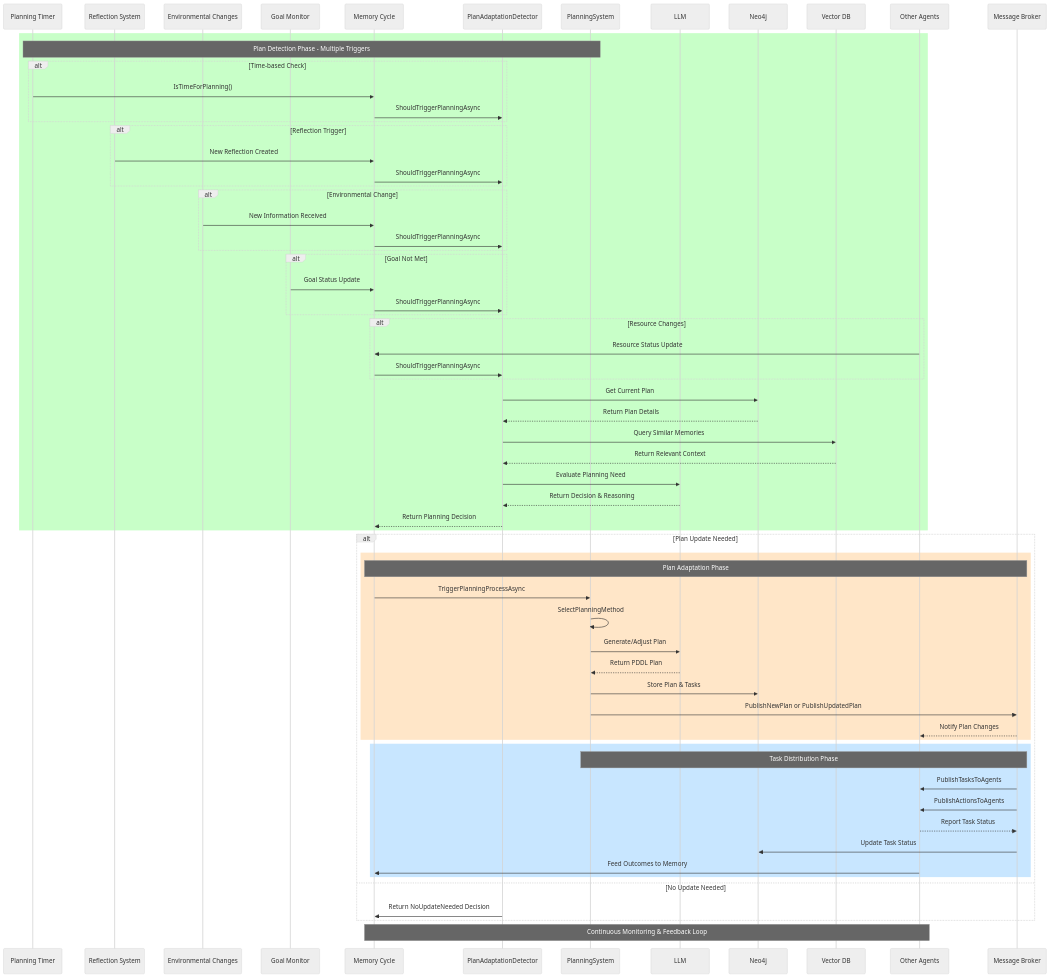
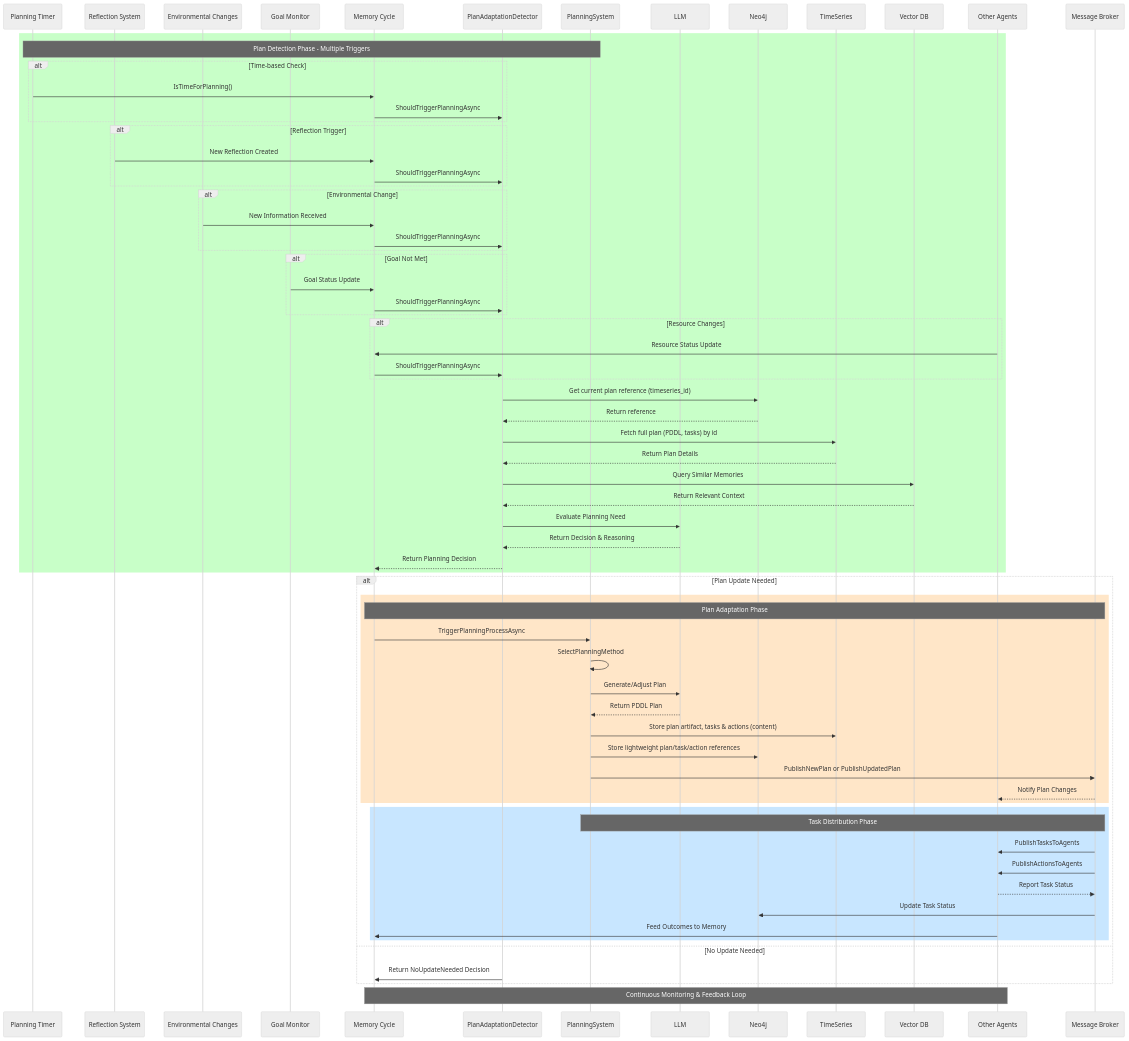
Before and after one commit to XMPro/Multi-Agent: the fourth of 4 diagrams in docs/technical-details/memory_cycle.md, drawn with Mermaid (neutral theme). The commit also changed other lines of this file and 11 other files, not shown here.

````diff
--- a/docs/technical-details/memory_cycle.md
+++ b/docs/technical-details/memory_cycle.md
@@ -258,78 +267,82 @@
 ```mermaid
 sequenceDiagram
     participant Timer as Planning Timer
     participant RefD as Reflection System
     participant Env as Environmental Changes
     participant Goals as Goal Monitor
     participant MC as Memory Cycle
     participant PlanA as PlanAdaptationDetector
     participant Plan as PlanningSystem
     participant LLM
     participant Neo4j
+    participant TS as TimeSeries
     participant VDB as Vector DB
     participant Agent as Other Agents
     participant MB as Message Broker
 
     rect rgb(200, 255, 200)
         Note over Timer,Plan: Plan Detection Phase - Multiple Triggers
         
         alt Time-based Check
             Timer->>MC: IsTimeForPlanning()
             MC->>PlanA: ShouldTriggerPlanningAsync
         end
         
         alt Reflection Trigger
             RefD->>MC: New Reflection Created
             MC->>PlanA: ShouldTriggerPlanningAsync
         end
 
         alt Environmental Change
             Env->>MC: New Information Received
             MC->>PlanA: ShouldTriggerPlanningAsync
         end
 
         alt Goal Not Met
             Goals->>MC: Goal Status Update
             MC->>PlanA: ShouldTriggerPlanningAsync
         end
 
         alt Resource Changes
             Agent->>MC: Resource Status Update
             MC->>PlanA: ShouldTriggerPlanningAsync
         end
 
-        PlanA->>Neo4j: Get Current Plan
-        Neo4j-->>PlanA: Return Plan Details
+        PlanA->>Neo4j: Get current plan reference (timeseries_id)
+        Neo4j-->>PlanA: Return reference
+        PlanA->>TS: Fetch full plan (PDDL, tasks) by id
+        TS-->>PlanA: Return Plan Details
         PlanA->>VDB: Query Similar Memories
         VDB-->>PlanA: Return Relevant Context
         PlanA->>LLM: Evaluate Planning Need
         LLM-->>PlanA: Return Decision & Reasoning
         PlanA-->>MC: Return Planning Decision
     end
 
     alt Plan Update Needed
         rect rgb(255, 230, 200)
             Note over MC,MB: Plan Adaptation Phase
             MC->>Plan: TriggerPlanningProcessAsync
             Plan->>Plan: SelectPlanningMethod
             Plan->>LLM: Generate/Adjust Plan
             LLM-->>Plan: Return PDDL Plan
-            Plan->>Neo4j: Store Plan & Tasks
+            Plan->>TS: Store plan artifact, tasks & actions (content)
+            Plan->>Neo4j: Store lightweight plan/task/action references
             Plan->>MB: PublishNewPlan or PublishUpdatedPlan
             MB-->>Agent: Notify Plan Changes
         end
 
         rect rgb(200, 230, 255)
             Note over Plan,MB: Task Distribution Phase
             MB->>Agent: PublishTasksToAgents
             MB->>Agent: PublishActionsToAgents
             Agent-->>MB: Report Task Status
             MB->>Neo4j: Update Task Status
             Agent->>MC: Feed Outcomes to Memory
         end
     else No Update Needed
         PlanA->>MC: Return NoUpdateNeeded Decision
     end
 
     Note over MC,Agent: Continuous Monitoring & Feedback Loop
 ```
````
